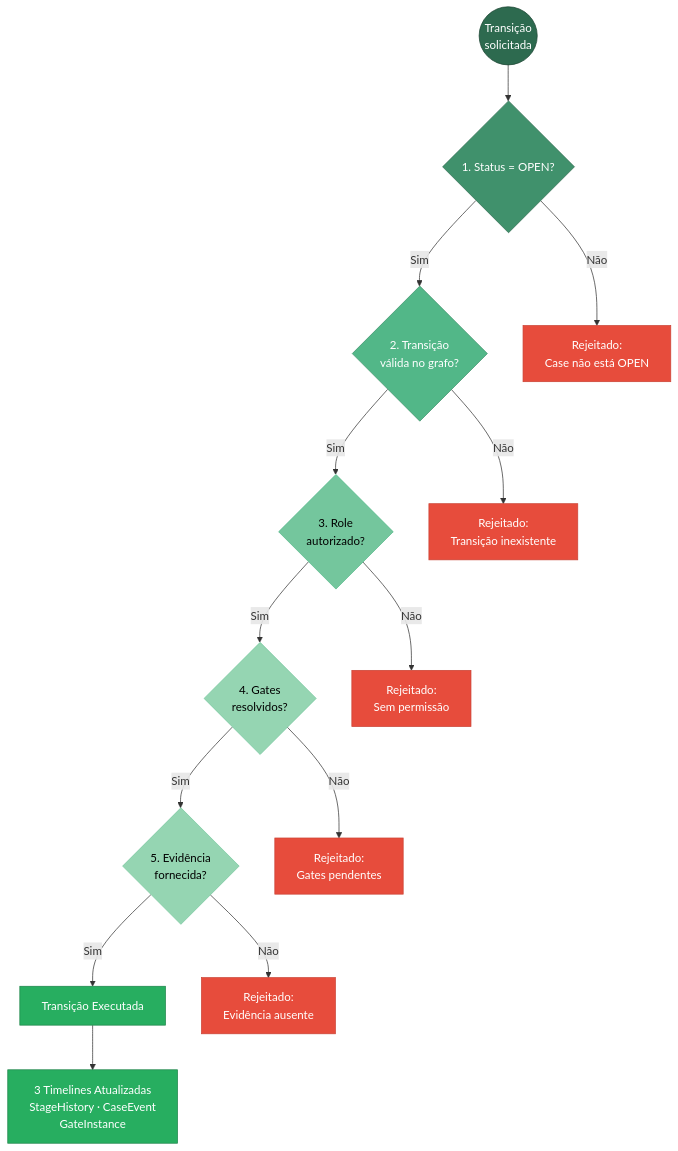
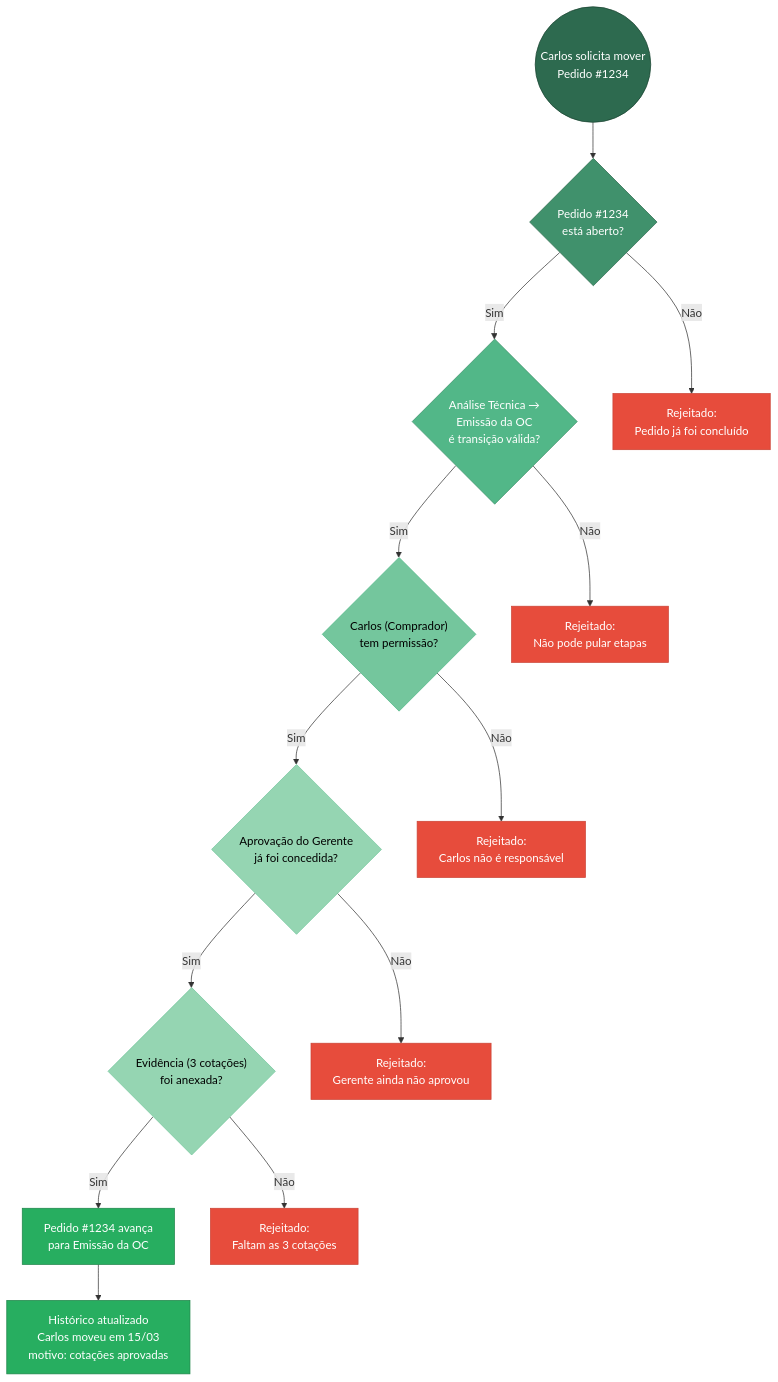
The first of 2 diagrams in docs/04_modules/mod-006-execucao-casos/diagrams/domain-model.md (sulivanti/easycf), drawn with Mermaid before and after one commit. The commit also changed 99 other files, not shown here.

Commit message:
chore: atualiza diagramas domain-model, skills e configurações de agentes

````diff
--- a/docs/04_modules/mod-006-execucao-casos/diagrams/domain-model.md
+++ b/docs/04_modules/mod-006-execucao-casos/diagrams/domain-model.md
@@ -5,47 +5,47 @@
 ```mermaid
 graph TD
-    START(("Transição<br/>solicitada"))
-    S1{"1. Status = OPEN?"}
-    S2{"2. Transição<br/>válida no grafo?"}
-    S3{"3. Role<br/>autorizado?"}
-    S4{"4. Gates<br/>resolvidos?"}
-    S5{"5. Evidência<br/>fornecida?"}
-    OK["Transição Executada"]
-    TL["3 Timelines Atualizadas<br/>StageHistory · CaseEvent<br/>GateInstance"]
+    START(("Carlos solicita mover<br/>Pedido #1234"))
+    S1{"Pedido #1234<br/>está aberto?"}
+    S2{"Análise Técnica →<br/>Emissão da OC<br/>é transição válida?"}
+    S3{"Carlos (Comprador)<br/>tem permissão?"}
+    S4{"Aprovação do Gerente<br/>já foi concedida?"}
+    S5{"Evidência (3 cotações)<br/>foi anexada?"}
+    OK["Pedido #1234 avança<br/>para Emissão da OC"]
+    TL["Histórico atualizado<br/>Carlos moveu em 15/03<br/>motivo: cotações aprovadas"]
 
-    R1["Rejeitado:<br/>Case não está OPEN"]
-    R2["Rejeitado:<br/>Transição inexistente"]
-    R3["Rejeitado:<br/>Sem permissão"]
-    R4["Rejeitado:<br/>Gates pendentes"]
-    R5["Rejeitado:<br/>Evidência ausente"]
+    R1["Rejeitado:<br/>Pedido já foi concluído"]
+    R2["Rejeitado:<br/>Não pode pular etapas"]
+    R3["Rejeitado:<br/>Carlos não é responsável"]
+    R4["Rejeitado:<br/>Gerente ainda não aprovou"]
+    R5["Rejeitado:<br/>Faltam as 3 cotações"]
 
     START --> S1
     S1 -->|"Sim"| S2
     S1 -->|"Não"| R1
     S2 -->|"Sim"| S3
     S2 -->|"Não"| R2
     S3 -->|"Sim"| S4
     S3 -->|"Não"| R3
     S4 -->|"Sim"| S5
     S4 -->|"Não"| R4
     S5 -->|"Sim"| OK
     S5 -->|"Não"| R5
     OK --> TL
 
     classDef start fill:#2d6a4f,stroke:#1b4332,color:#fff
     classDef step1 fill:#40916c,stroke:#2d6a4f,color:#fff
     classDef step2 fill:#52b788,stroke:#40916c,color:#fff
     classDef step3 fill:#74c69d,stroke:#52b788,color:#000
     classDef step4 fill:#95d5b2,stroke:#74c69d,color:#000
     classDef success fill:#27AE60,stroke:#1E8449,color:#fff
     classDef reject fill:#E74C3C,stroke:#CB4335,color:#fff
 
     class START start
     class S1 step1
     class S2 step2
     class S3 step3
     class S4 step4
     class S5 step4
     class OK,TL success
     class R1,R2,R3,R4,R5 reject
 ```
````
